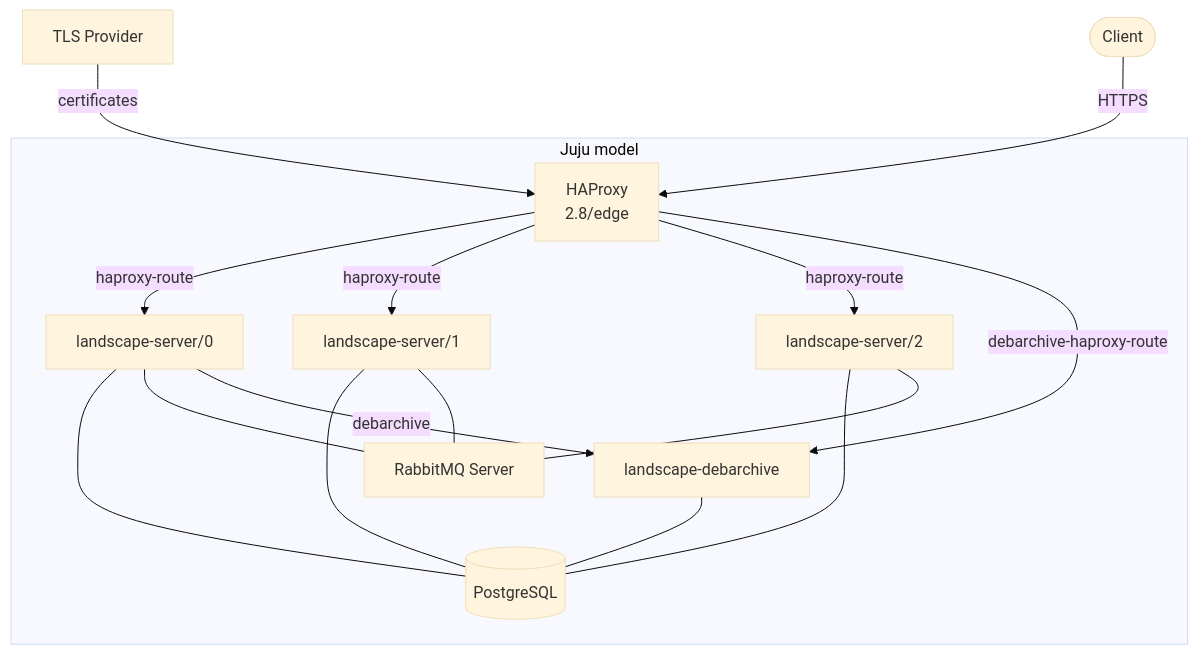
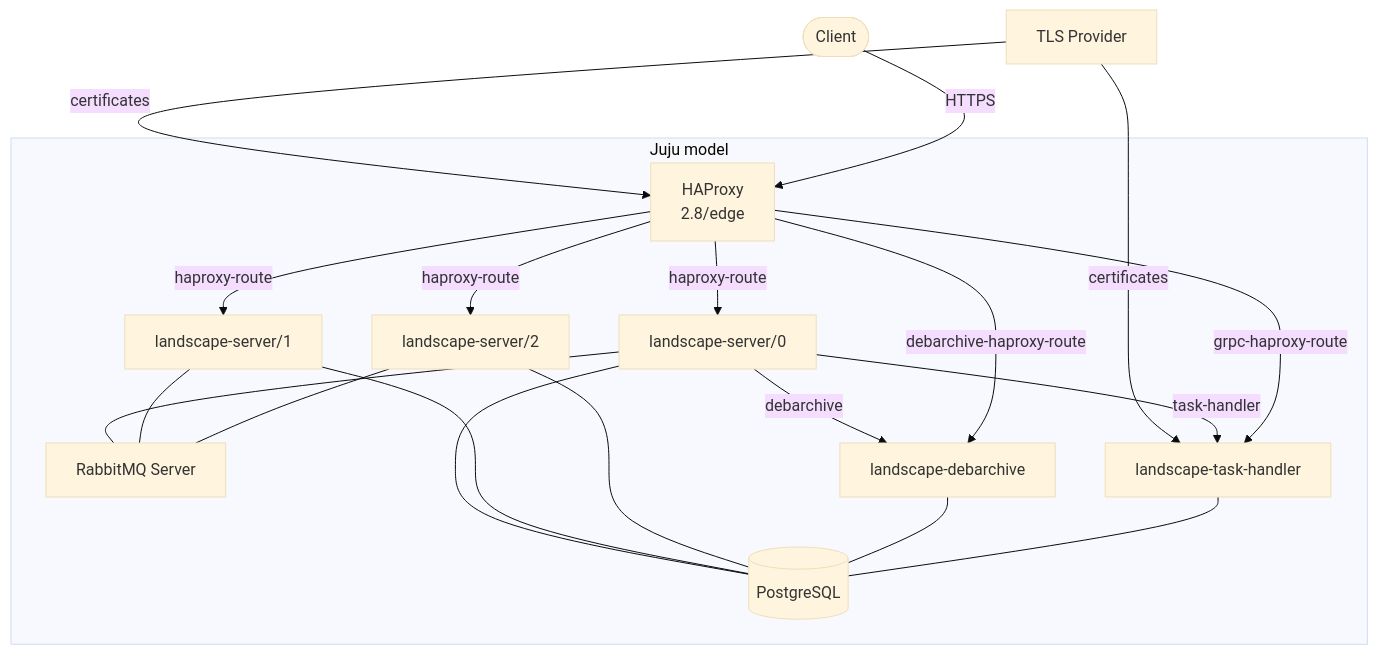
Before and after one commit to canonical/landscape-documentation: the diagram in docs/reuse/charm-ha-architecture-2604.md, drawn with Mermaid (base theme). The commit also changed 3 other files, not shown here.

Commit message:
feat(task-handler): include docs for charm

````diff
--- a/docs/reuse/charm-ha-architecture-2604.md
+++ b/docs/reuse/charm-ha-architecture-2604.md
@@ -1,24 +1,29 @@
 ```{mermaid}
 flowchart TD
     Client([Client])
     TLS[TLS Provider]
     subgraph model[Juju model]
         HAProxy["HAProxy<br/>2.8/edge"]
         LS0[landscape-server/0]
         LS1[landscape-server/1]
         LS2[landscape-server/2]
         PG[(PostgreSQL)]
         RMQ[RabbitMQ Server]
         DA[landscape-debarchive]
+        TH[landscape-task-handler]
     end
     TLS -- certificates --> HAProxy
+    TLS -- certificates --> TH
     Client -- HTTPS --> HAProxy
     HAProxy -- haproxy-route --> LS0
     HAProxy -- haproxy-route --> LS1
     HAProxy -- haproxy-route --> LS2
     LS0 & LS1 & LS2 --- PG
     LS0 & LS1 & LS2 --- RMQ
     LS0 -- debarchive --> DA
     DA --- PG
     HAProxy -- debarchive-haproxy-route --> DA
+    LS0 -- task-handler --> TH
+    TH --- PG
+    HAProxy -- grpc-haproxy-route --> TH
 ```
````
